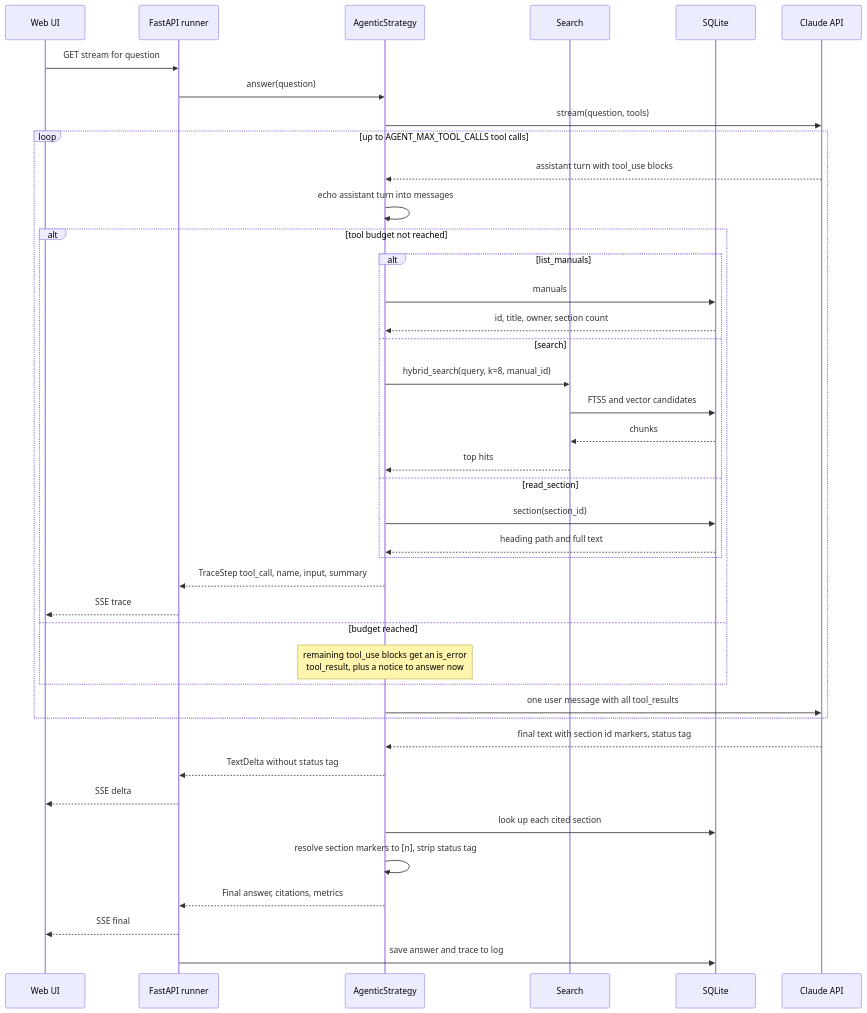
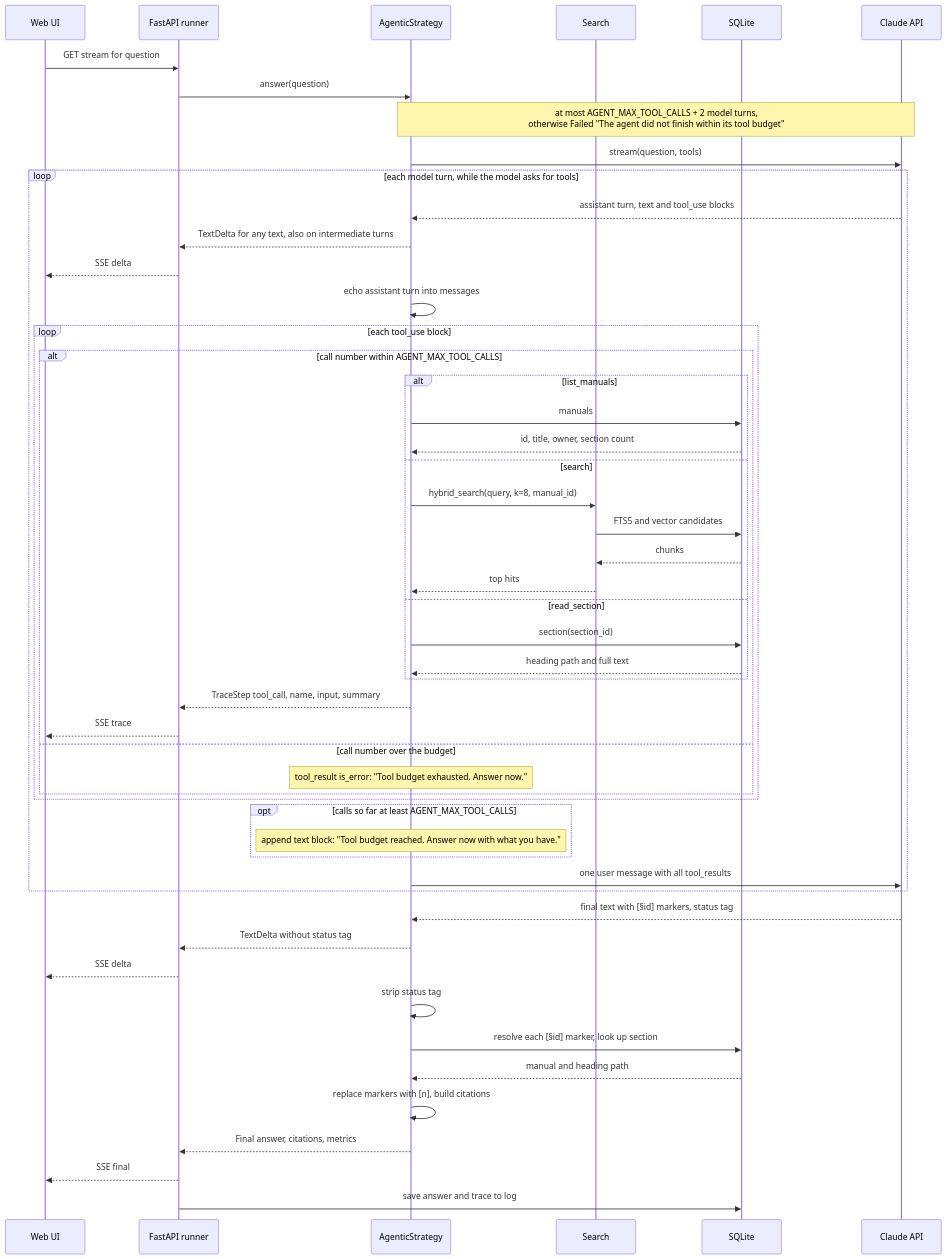
One commit to belaboros/UserManualAssistant changed the diagram in uma/static/diagrams/agentic-sequence.mmd. Above: the diagram before and after it, drawn with Mermaid. The commit also changed 6 other files, not shown here.

Commit message:
docs: correct RAG, agentic and whole-context diagrams after review

```diff
--- a/uma/static/diagrams/agentic-sequence.mmd
+++ b/uma/static/diagrams/agentic-sequence.mmd
@@ -1,41 +1,51 @@
 sequenceDiagram
     participant UI as Web UI
     participant R as FastAPI runner
     participant S as AgenticStrategy
     participant H as Search
     participant DB as SQLite
     participant C as Claude API
     UI->>R: GET stream for question
     R->>S: answer(question)
+    Note over S,C: at most AGENT_MAX_TOOL_CALLS + 2 model turns,<br/>otherwise Failed "The agent did not finish within its tool budget"
     S->>C: stream(question, tools)
-    loop up to AGENT_MAX_TOOL_CALLS tool calls
-        C-->>S: assistant turn with tool_use blocks
+    loop each model turn, while the model asks for tools
+        C-->>S: assistant turn, text and tool_use blocks
+        S-->>R: TextDelta for any text, also on intermediate turns
+        R-->>UI: SSE delta
         S->>S: echo assistant turn into messages
-        alt tool budget not reached
-            alt list_manuals
-                S->>DB: manuals
-                DB-->>S: id, title, owner, section count
-            else search
-                S->>H: hybrid_search(query, k=8, manual_id)
-                H->>DB: FTS5 and vector candidates
-                DB-->>H: chunks
-                H-->>S: top hits
-            else read_section
-                S->>DB: section(section_id)
-                DB-->>S: heading path and full text
+        loop each tool_use block
+            alt call number within AGENT_MAX_TOOL_CALLS
+                alt list_manuals
+                    S->>DB: manuals
+                    DB-->>S: id, title, owner, section count
+                else search
+                    S->>H: hybrid_search(query, k=8, manual_id)
+                    H->>DB: FTS5 and vector candidates
+                    DB-->>H: chunks
+                    H-->>S: top hits
+                else read_section
+                    S->>DB: section(section_id)
+                    DB-->>S: heading path and full text
+                end
+                S-->>R: TraceStep tool_call, name, input, summary
+                R-->>UI: SSE trace
+            else call number over the budget
+                Note over S: tool_result is_error: "Tool budget exhausted. Answer now."
             end
-            S-->>R: TraceStep tool_call, name, input, summary
-            R-->>UI: SSE trace
-        else budget reached
-            Note over S: remaining tool_use blocks get an is_error<br/>tool_result, plus a notice to answer now
+        end
+        opt calls so far at least AGENT_MAX_TOOL_CALLS
+            Note over S: append text block: "Tool budget reached. Answer now with what you have."
         end
         S->>C: one user message with all tool_results
     end
-    C-->>S: final text with section id markers, status tag
+    C-->>S: final text with [§id] markers, status tag
     S-->>R: TextDelta without status tag
     R-->>UI: SSE delta
-    S->>DB: look up each cited section
-    S->>S: resolve section markers to [n], strip status tag
+    S->>S: strip status tag
+    S->>DB: resolve each [§id] marker, look up section
+    DB-->>S: manual and heading path
+    S->>S: replace markers with [n], build citations
     S-->>R: Final answer, citations, metrics
     R-->>UI: SSE final
     R->>DB: save answer and trace to log
```
